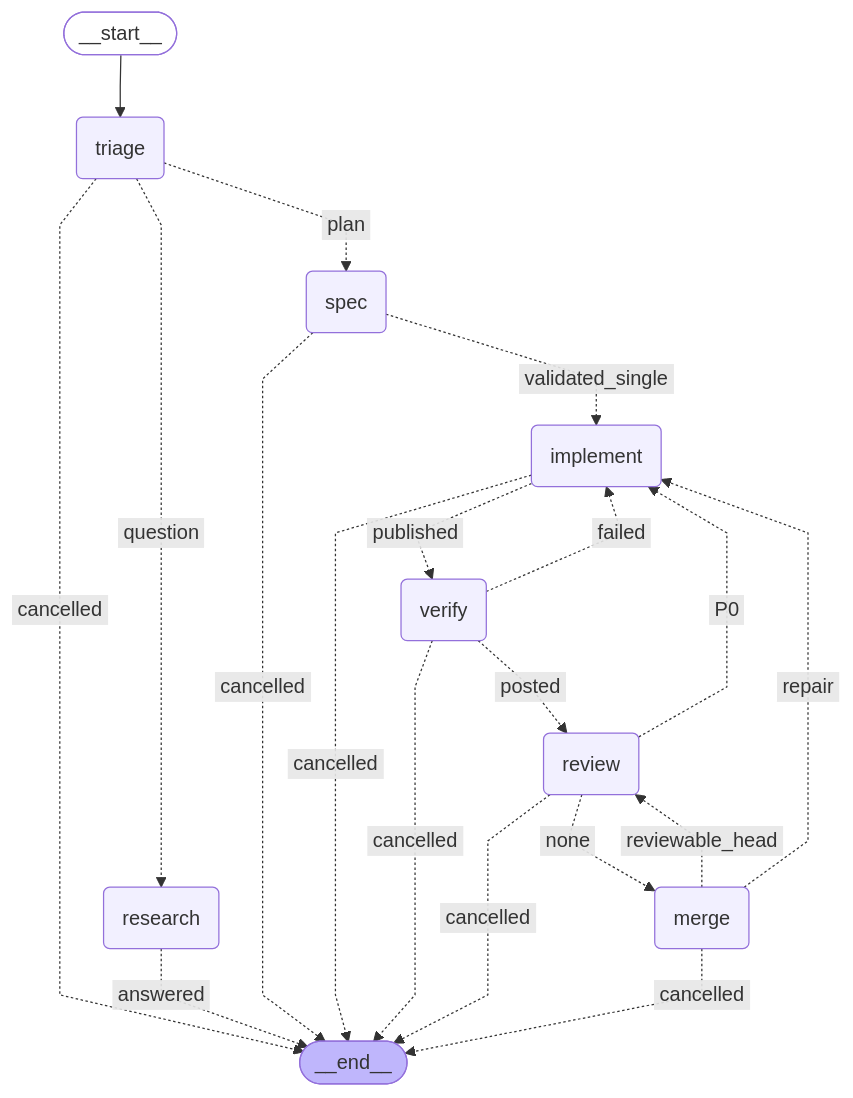
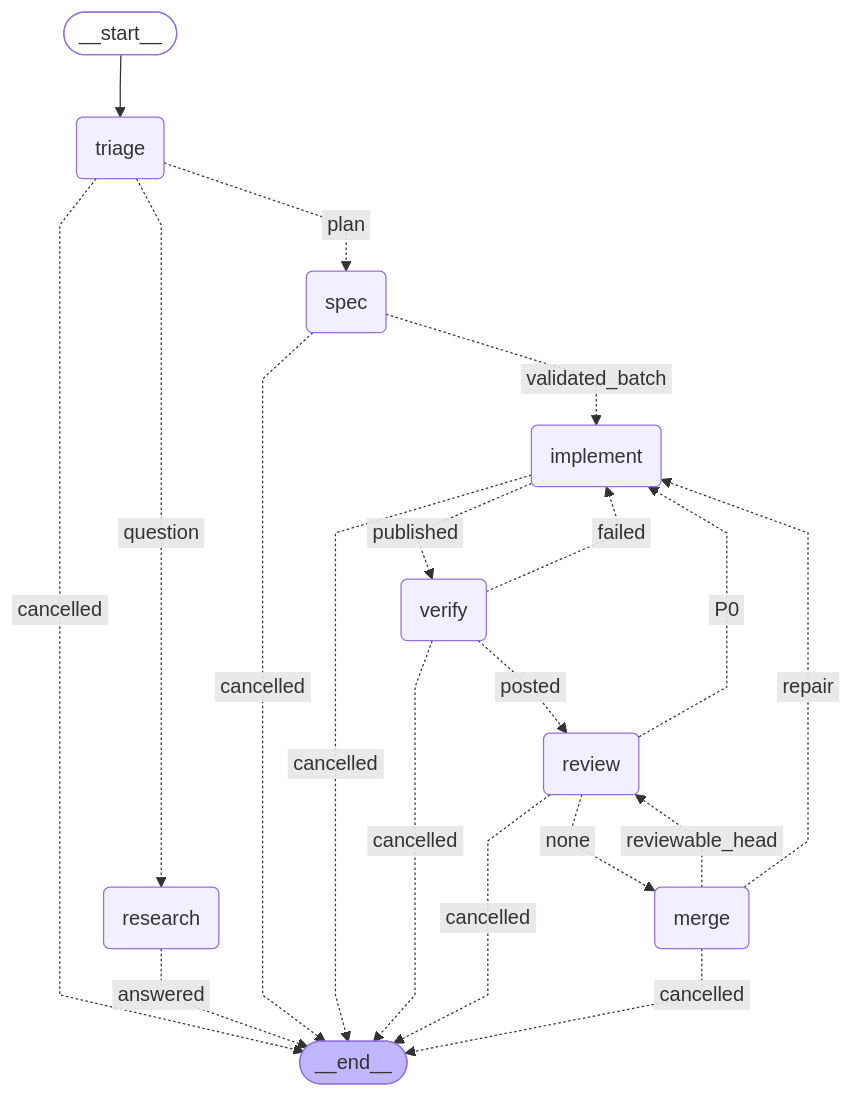
One commit to bookout-labs/tools changed the diagram in docs/graph/delivery.mmd. Above: the diagram before and after it, drawn with Mermaid. The commit also changed 38 other files, not shown here.

```diff
--- a/docs/graph/delivery.mmd
+++ b/docs/graph/delivery.mmd
@@ -1,36 +1,36 @@
 ---
 config:
   flowchart:
     curve: linear
 ---
 graph TD;
 	__start__([<p>__start__</p>]):::first
 	triage(triage)
 	research(research)
 	spec(spec)
 	implement(implement)
 	verify(verify)
 	review(review)
 	merge(merge)
 	__end__([<p>__end__</p>]):::last
 	__start__ --> triage;
 	implement -. &nbsp;cancelled&nbsp; .-> __end__;
 	implement -. &nbsp;published&nbsp; .-> verify;
 	merge -. &nbsp;cancelled&nbsp; .-> __end__;
 	merge -. &nbsp;repair&nbsp; .-> implement;
 	merge -. &nbsp;reviewable_head&nbsp; .-> review;
 	research -. &nbsp;answered&nbsp; .-> __end__;
 	review -. &nbsp;cancelled&nbsp; .-> __end__;
 	review -. &nbsp;P0&nbsp; .-> implement;
 	review -. &nbsp;none&nbsp; .-> merge;
 	spec -. &nbsp;cancelled&nbsp; .-> __end__;
-	spec -. &nbsp;validated_single&nbsp; .-> implement;
+	spec -. &nbsp;validated_batch&nbsp; .-> implement;
 	triage -. &nbsp;cancelled&nbsp; .-> __end__;
 	triage -. &nbsp;question&nbsp; .-> research;
 	triage -. &nbsp;plan&nbsp; .-> spec;
 	verify -. &nbsp;cancelled&nbsp; .-> __end__;
 	verify -. &nbsp;failed&nbsp; .-> implement;
 	verify -. &nbsp;posted&nbsp; .-> review;
 	classDef default fill:#f2f0ff,line-height:1.2
 	classDef first fill-opacity:0
 	classDef last fill:#bfb6fc
```
